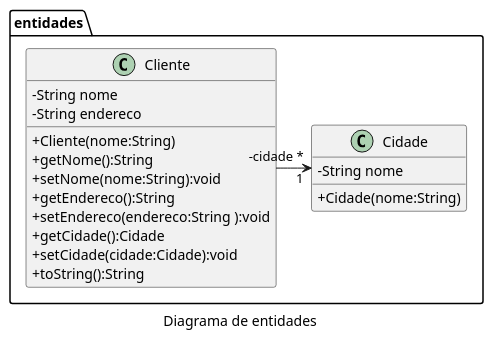
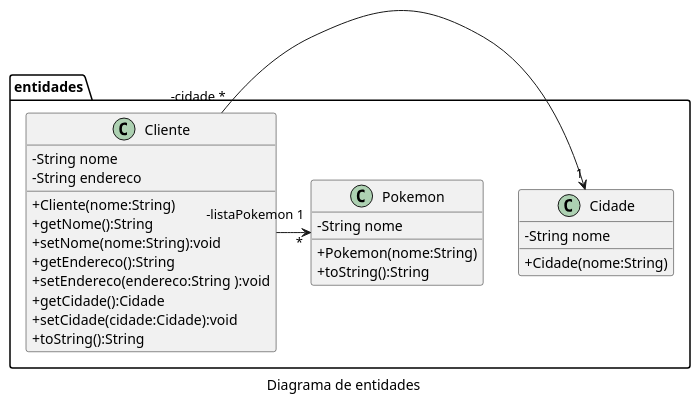
One commit to waltercoan/FSO2024-2 changed the diagram in FSO2024-2-POO/diagramas/classes.puml. Above: the diagram before and after it, drawn with PlantUML. The commit also changed 9 other files, not shown here.

```diff
--- a/FSO2024-2-POO/diagramas/classes.puml
+++ b/FSO2024-2-POO/diagramas/classes.puml
@@ -1,24 +1,31 @@
 @startuml
 skinparam classAttributeIconSize 0
 ' left to right direction
 caption Diagrama de entidades
 namespace entidades {
     class Cliente {
         - String nome
         - String endereco
         + Cliente(nome:String)
         + getNome():String
         + setNome(nome:String):void
         + getEndereco():String
         + setEndereco(endereco:String ):void
         + getCidade():Cidade
         + setCidade(cidade:Cidade):void
         + toString():String
     }
     class Cidade {
         - String nome
         + Cidade(nome:String)
     }
 
+    class Pokemon {
+        - String nome
+        + Pokemon(nome:String)
+        + toString():String
+    }
+
     Cliente "-cidade *" -> "1" Cidade
+    Cliente "-listaPokemon 1" -> "*" Pokemon
 @enduml
```
